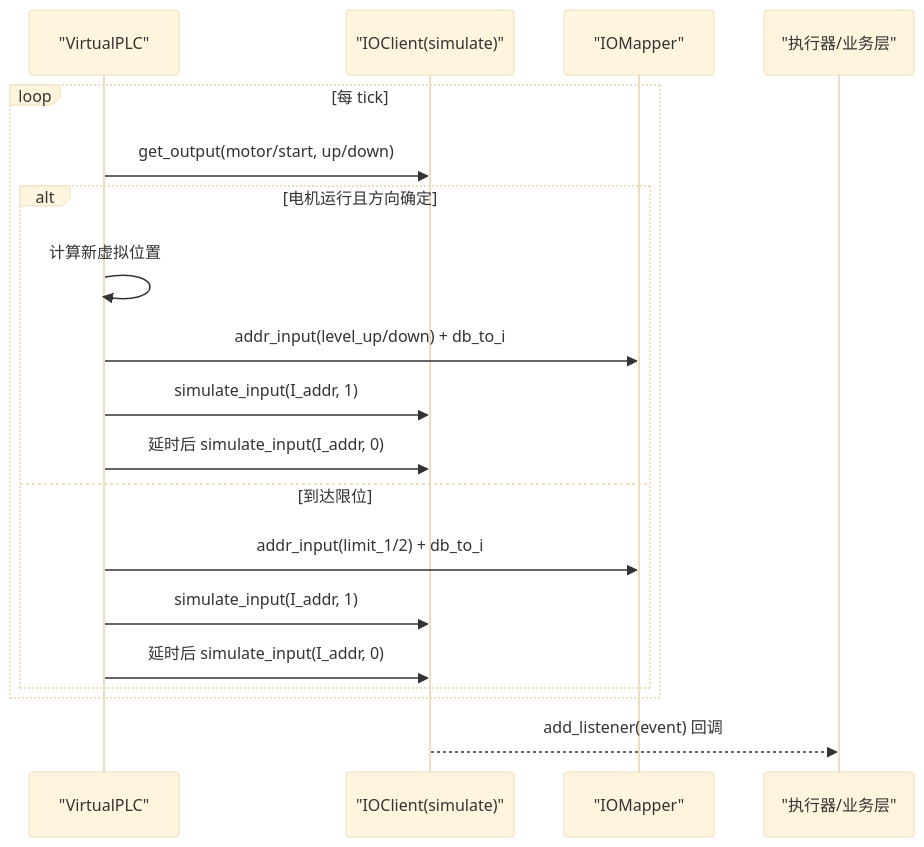
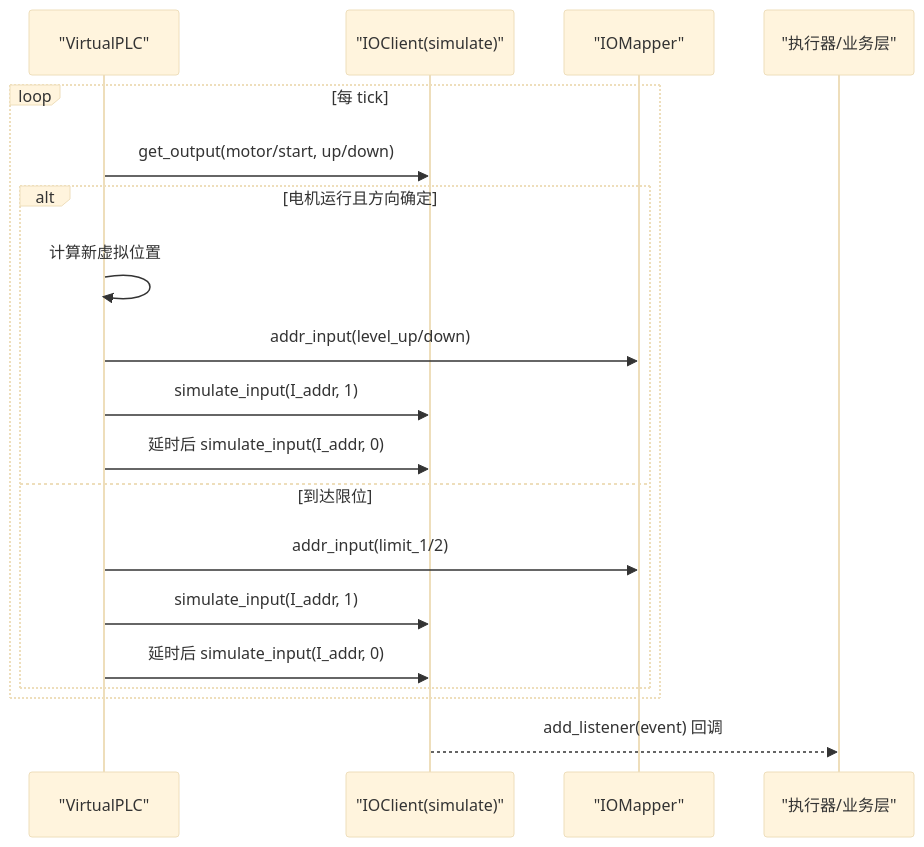
One commit to xmb505/Haku_EET changed the fifth of 7 diagrams in .qoder/repowiki/zh/content/脑干模块.md. Above: the diagram before and after it, drawn with Mermaid (base theme). The commit also changed other lines of this file and 10 other files, not shown here.

````diff
--- a/.qoder/repowiki/zh/content/脑干模块.md
+++ b/.qoder/repowiki/zh/content/脑干模块.md
@@ -195,21 +207,21 @@
 ```mermaid
 sequenceDiagram
 participant VPLC as "VirtualPLC"
 participant IO as "IOClient(simulate)"
 participant MAP as "IOMapper"
 participant EXE as "执行器/业务层"
 loop 每 tick
 VPLC->>IO : get_output(motor/start, up/down)
 alt 电机运行且方向确定
 VPLC->>VPLC : 计算新虚拟位置
-VPLC->>MAP : addr_input(level_up/down) + db_to_i
+VPLC->>MAP : addr_input(level_up/down)
 VPLC->>IO : simulate_input(I_addr, 1)
 VPLC->>IO : 延时后 simulate_input(I_addr, 0)
 else 到达限位
-VPLC->>MAP : addr_input(limit_1/2) + db_to_i
+VPLC->>MAP : addr_input(limit_1/2)
 VPLC->>IO : simulate_input(I_addr, 1)
 VPLC->>IO : 延时后 simulate_input(I_addr, 0)
 end
 end
 IO-->>EXE : add_listener(event) 回调
 ```
````
